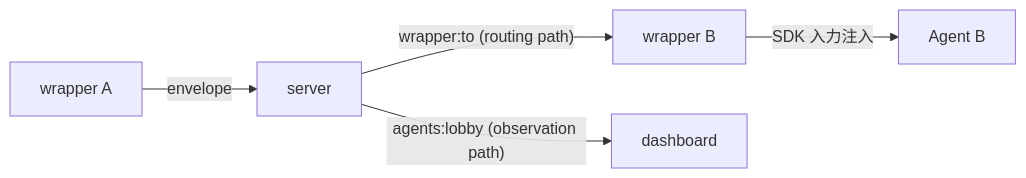
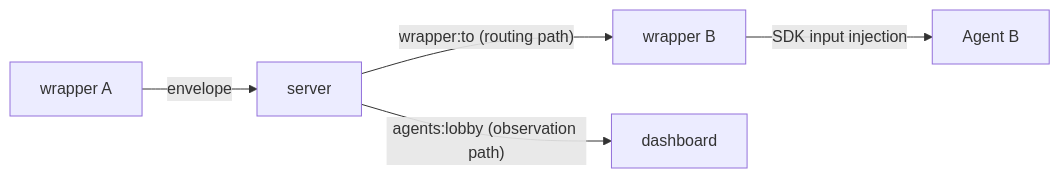
Before and after one commit to sakuraiyuta/kaoiro: the first of 2 diagrams in docs/specs/protocol-inter-agent.md, drawn with Mermaid. The commit also changed other lines of this file, not shown here.

````diff
--- a/docs/specs/protocol-inter-agent.md
+++ b/docs/specs/protocol-inter-agent.md
@@ -56,7 +59,7 @@
 ```mermaid
 flowchart LR
   WA[wrapper A] -->|envelope| S[server]
   S -->|"wrapper:to (routing path)"| WB[wrapper B]
   S -->|"agents:lobby (observation path)"| D[dashboard]
-  WB -->|SDK 入力注入| AgentB[Agent B]
+  WB -->|SDK input injection| AgentB[Agent B]
 ```
````
